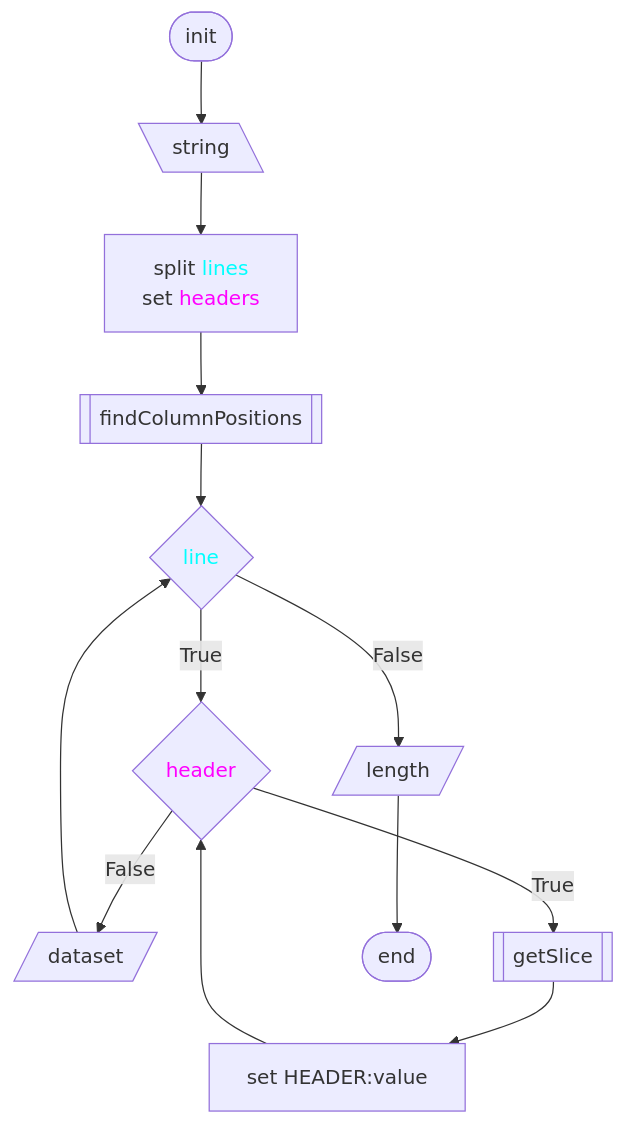
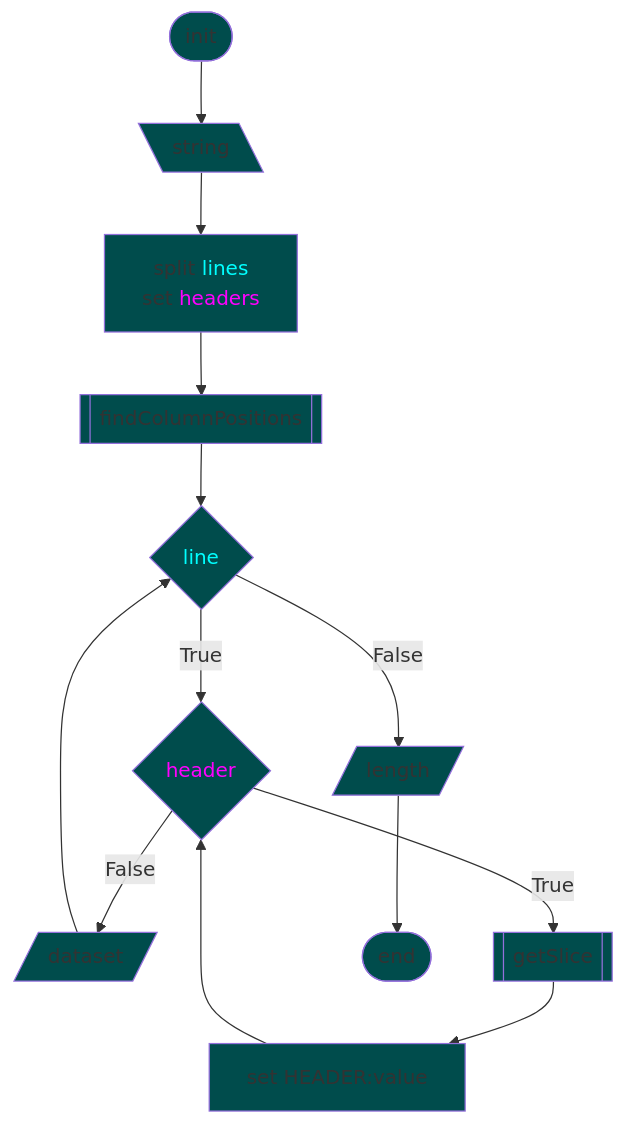
One commit to 7s4e/p3 changed the fourth of 20 diagrams in scripts/table/design.md. Above: the diagram before and after it, drawn with Mermaid. The commit also changed other lines of this file, not shown here.

````diff
--- a/scripts/table/design.md
+++ b/scripts/table/design.md
@@ -132,27 +124,28 @@
 ```mermaid
-flowchart TB
-    STR([init])
+flowchart
+    classDef fill fill:#004c4c
+    STR([init]):::fill
         STR --> TBS
-    TBS[\string\]
+    TBS[\string\]:::fill
         TBS --> SPT
     SPT["split <span style='color:cyan;'>lines</span>
-         set <span style='color:magenta;'>headers</span>"]
+         set <span style='color:magenta;'>headers</span>"]:::fill
         SPT --> FCP
-    FCP[[findColumnPositions]]
+    FCP[[findColumnPositions]]:::fill
         FCP --> LNS
-    LNS{"<span style='color:cyan;'>line</span>"}
+    LNS{"<span style='color:cyan;'>line</span>"}:::fill
         LNS -- True  --> HDR
         SDS          --> LNS
         LNS -- False --> SLN
-    HDR{"<span style='color:magenta;'>header</span>"}
+    HDR{"<span style='color:magenta;'>header</span>"}:::fill
         HDR -- True  --> GSL
         SHV          --> HDR
         HDR -- False --> SDS
-    GSL[[getSlice]]
+    GSL[[getSlice]]:::fill
         GSL --> SHV
-    SDS[/dataset/]
-    SLN[/length/]
+    SDS[/dataset/]:::fill
+    SLN[/length/]:::fill
         SLN --> END
-    SHV[set HEADER:value]
-    END([end])
+    SHV[set HEADER:value]:::fill
+    END([end]):::fill
 ```
````
